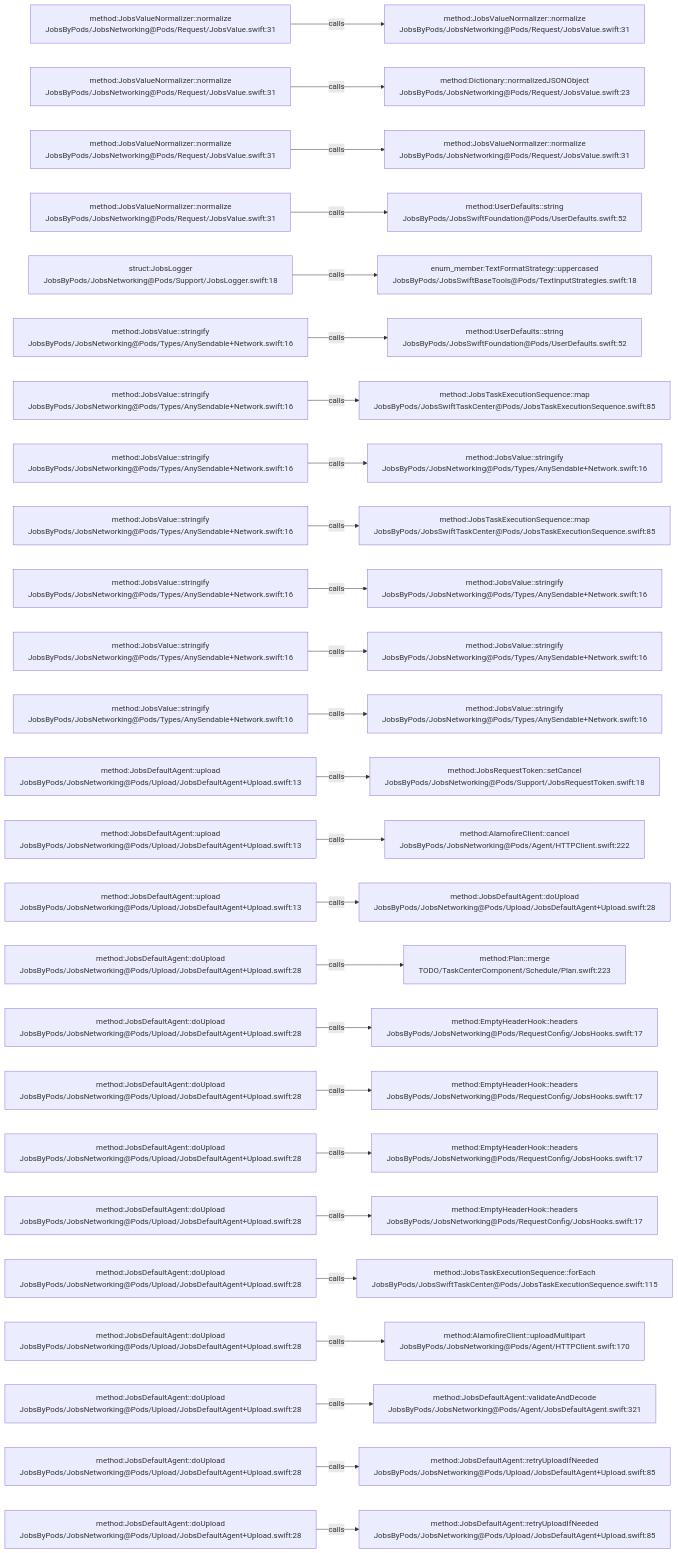
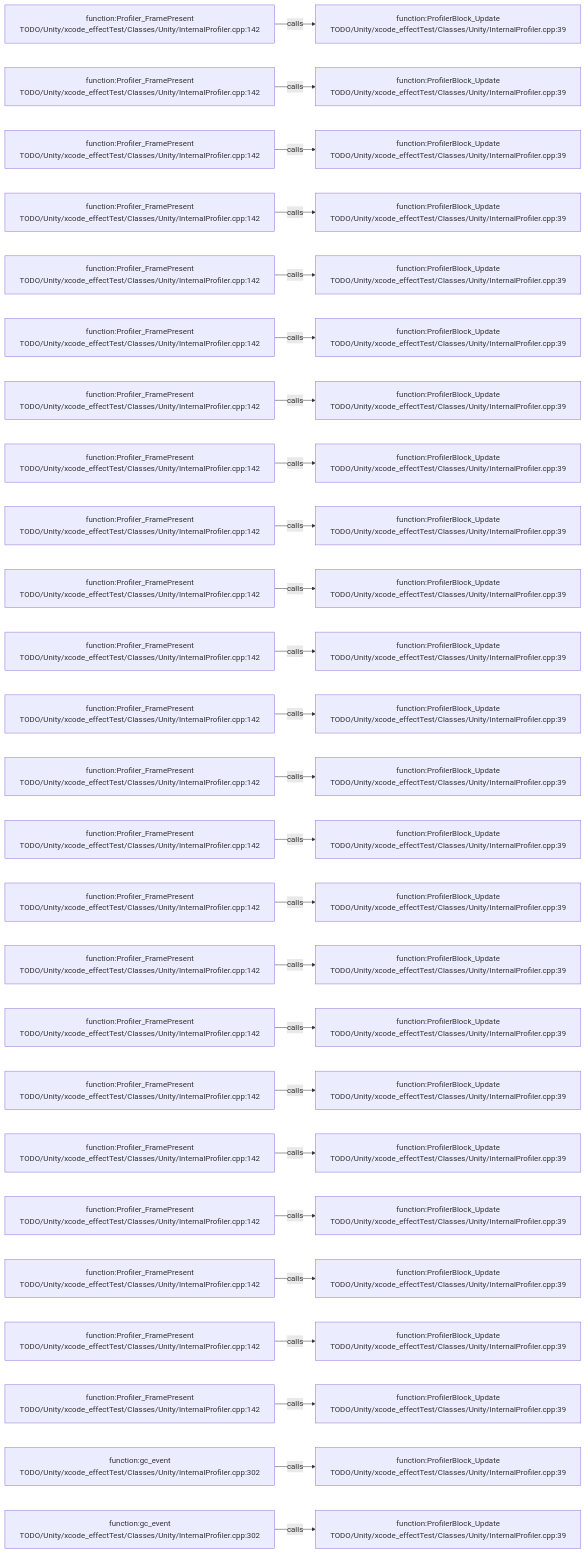
One commit to JobsKits/JobsSwiftBaseConfigDemo changed the diagram in .codegraph/codegraph.md/graphs/calls-041.md. Above: the diagram before and after it, drawn with Mermaid. The commit also changed 227 other files, not shown here.

````diff
--- a/.codegraph/codegraph.md/graphs/calls-041.md
+++ b/.codegraph/codegraph.md/graphs/calls-041.md
@@ -13,78 +13,78 @@
 ```mermaid
 flowchart LR
-  S1["method:JobsValueNormalizer::normalize<br/>JobsByPods/JobsNetworking@Pods/Request/JobsValue.swift:31"]
-  T1["method:JobsValueNormalizer::normalize<br/>JobsByPods/JobsNetworking@Pods/Request/JobsValue.swift:31"]
+  S1["function:Profiler_FramePresent<br/>TODO/Unity/xcode_effectTest/Classes/Unity/InternalProfiler.cpp:142"]
+  T1["function:ProfilerBlock_Update<br/>TODO/Unity/xcode_effectTest/Classes/Unity/InternalProfiler.cpp:39"]
   S1 -->|calls| T1
-  S2["method:JobsValueNormalizer::normalize<br/>JobsByPods/JobsNetworking@Pods/Request/JobsValue.swift:31"]
-  T2["method:Dictionary::normalizedJSONObject<br/>JobsByPods/JobsNetworking@Pods/Request/JobsValue.swift:23"]
+  S2["function:Profiler_FramePresent<br/>TODO/Unity/xcode_effectTest/Classes/Unity/InternalProfiler.cpp:142"]
+  T2["function:ProfilerBlock_Update<br/>TODO/Unity/xcode_effectTest/Classes/Unity/InternalProfiler.cpp:39"]
   S2 -->|calls| T2
-  S3["method:JobsValueNormalizer::normalize<br/>JobsByPods/JobsNetworking@Pods/Request/JobsValue.swift:31"]
-  T3["method:JobsValueNormalizer::normalize<br/>JobsByPods/JobsNetworking@Pods/Request/JobsValue.swift:31"]
+  S3["function:Profiler_FramePresent<br/>TODO/Unity/xcode_effectTest/Classes/Unity/InternalProfiler.cpp:142"]
+  T3["function:ProfilerBlock_Update<br/>TODO/Unity/xcode_effectTest/Classes/Unity/InternalProfiler.cpp:39"]
   S3 -->|calls| T3
-  S4["method:JobsValueNormalizer::normalize<br/>JobsByPods/JobsNetworking@Pods/Request/JobsValue.swift:31"]
-  T4["method:UserDefaults::string<br/>JobsByPods/JobsSwiftFoundation@Pods/UserDefaults.swift:52"]
+  S4["function:Profiler_FramePresent<br/>TODO/Unity/xcode_effectTest/Classes/Unity/InternalProfiler.cpp:142"]
+  T4["function:ProfilerBlock_Update<br/>TODO/Unity/xcode_effectTest/Classes/Unity/InternalProfiler.cpp:39"]
   S4 -->|calls| T4
-  S5["struct:JobsLogger<br/>JobsByPods/JobsNetworking@Pods/Support/JobsLogger.swift:18"]
-  T5["enum_member:TextFormatStrategy::uppercased<br/>JobsByPods/JobsSwiftBaseTools@Pods/TextInputStrategies.swift:18"]
+  S5["function:Profiler_FramePresent<br/>TODO/Unity/xcode_effectTest/Classes/Unity/InternalProfiler.cpp:142"]
+  T5["function:ProfilerBlock_Update<br/>TODO/Unity/xcode_effectTest/Classes/Unity/InternalProfiler.cpp:39"]
   S5 -->|calls| T5
-  S6["method:JobsValue::stringify<br/>JobsByPods/JobsNetworking@Pods/Types/AnySendable+Network.swift:16"]
-  T6["method:UserDefaults::string<br/>JobsByPods/JobsSwiftFoundation@Pods/UserDefaults.swift:52"]
+  S6["function:Profiler_FramePresent<br/>TODO/Unity/xcode_effectTest/Classes/Unity/InternalProfiler.cpp:142"]
+  T6["function:ProfilerBlock_Update<br/>TODO/Unity/xcode_effectTest/Classes/Unity/InternalProfiler.cpp:39"]
   S6 -->|calls| T6
-  S7["method:JobsValue::stringify<br/>JobsByPods/JobsNetworking@Pods/Types/AnySendable+Network.swift:16"]
-  T7["method:JobsTaskExecutionSequence::map<br/>JobsByPods/JobsSwiftTaskCenter@Pods/JobsTaskExecutionSequence.swift:85"]
+  S7["function:Profiler_FramePresent<br/>TODO/Unity/xcode_effectTest/Classes/Unity/InternalProfiler.cpp:142"]
+  T7["function:ProfilerBlock_Update<br/>TODO/Unity/xcode_effectTest/Classes/Unity/InternalProfiler.cpp:39"]
   S7 -->|calls| T7
-  S8["method:JobsValue::stringify<br/>JobsByPods/JobsNetworking@Pods/Types/AnySendable+Network.swift:16"]
-  T8["method:JobsValue::stringify<br/>JobsByPods/JobsNetworking@Pods/Types/AnySendable+Network.swift:16"]
+  S8["function:Profiler_FramePresent<br/>TODO/Unity/xcode_effectTest/Classes/Unity/InternalProfiler.cpp:142"]
+  T8["function:ProfilerBlock_Update<br/>TODO/Unity/xcode_effectTest/Classes/Unity/InternalProfiler.cpp:39"]
   S8 -->|calls| T8
-  S9["method:JobsValue::stringify<br/>JobsByPods/JobsNetworking@Pods/Types/AnySendable+Network.swift:16"]
-  T9["method:JobsTaskExecutionSequence::map<br/>JobsByPods/JobsSwiftTaskCenter@Pods/JobsTaskExecutionSequence.swift:85"]
+  S9["function:Profiler_FramePresent<br/>TODO/Unity/xcode_effectTest/Classes/Unity/InternalProfiler.cpp:142"]
+  T9["function:ProfilerBlock_Update<br/>TODO/Unity/xcode_effectTest/Classes/Unity/InternalProfiler.cpp:39"]
   S9 -->|calls| T9
-  S10["method:JobsValue::stringify<br/>JobsByPods/JobsNetworking@Pods/Types/AnySendable+Network.swift:16"]
-  T10["method:JobsValue::stringify<br/>JobsByPods/JobsNetworking@Pods/Types/AnySendable+Network.swift:16"]
+  S10["function:Profiler_FramePresent<br/>TODO/Unity/xcode_effectTest/Classes/Unity/InternalProfiler.cpp:142"]
+  T10["function:ProfilerBlock_Update<br/>TODO/Unity/xcode_effectTest/Classes/Unity/InternalProfiler.cpp:39"]
   S10 -->|calls| T10
-  S11["method:JobsValue::stringify<br/>JobsByPods/JobsNetworking@Pods/Types/AnySendable+Network.swift:16"]
-  T11["method:JobsValue::stringify<br/>JobsByPods/JobsNetworking@Pods/Types/AnySendable+Network.swift:16"]
+  S11["function:Profiler_FramePresent<br/>TODO/Unity/xcode_effectTest/Classes/Unity/InternalProfiler.cpp:142"]
+  T11["function:ProfilerBlock_Update<br/>TODO/Unity/xcode_effectTest/Classes/Unity/InternalProfiler.cpp:39"]
   S11 -->|calls| T11
-  S12["method:JobsValue::stringify<br/>JobsByPods/JobsNetworking@Pods/Types/AnySendable+Network.swift:16"]
-  T12["method:JobsValue::stringify<br/>JobsByPods/JobsNetworking@Pods/Types/AnySendable+Network.swift:16"]
+  S12["function:Profiler_FramePresent<br/>TODO/Unity/xcode_effectTest/Classes/Unity/InternalProfiler.cpp:142"]
+  T12["function:ProfilerBlock_Update<br/>TODO/Unity/xcode_effectTest/Classes/Unity/InternalProfiler.cpp:39"]
   S12 -->|calls| T12
-  S13["method:JobsDefaultAgent::upload<br/>JobsByPods/JobsNetworking@Pods/Upload/JobsDefaultAgent+Upload.swift:13"]
-  T13["method:JobsRequestToken::setCancel<br/>JobsByPods/JobsNetworking@Pods/Support/JobsRequestToken.swift:18"]
+  S13["function:Profiler_FramePresent<br/>TODO/Unity/xcode_effectTest/Classes/Unity/InternalProfiler.cpp:142"]
+  T13["function:ProfilerBlock_Update<br/>TODO/Unity/xcode_effectTest/Classes/Unity/InternalProfiler.cpp:39"]
   S13 -->|calls| T13
-  S14["method:JobsDefaultAgent::upload<br/>JobsByPods/JobsNetworking@Pods/Upload/JobsDefaultAgent+Upload.swift:13"]
-  T14["method:AlamofireClient::cancel<br/>JobsByPods/JobsNetworking@Pods/Agent/HTTPClient.swift:222"]
+  S14["function:Profiler_FramePresent<br/>TODO/Unity/xcode_effectTest/Classes/Unity/InternalProfiler.cpp:142"]
+  T14["function:ProfilerBlock_Update<br/>TODO/Unity/xcode_effectTest/Classes/Unity/InternalProfiler.cpp:39"]
   S14 -->|calls| T14
-  S15["method:JobsDefaultAgent::upload<br/>JobsByPods/JobsNetworking@Pods/Upload/JobsDefaultAgent+Upload.swift:13"]
-  T15["method:JobsDefaultAgent::doUpload<br/>JobsByPods/JobsNetworking@Pods/Upload/JobsDefaultAgent+Upload.swift:28"]
+  S15["function:Profiler_FramePresent<br/>TODO/Unity/xcode_effectTest/Classes/Unity/InternalProfiler.cpp:142"]
+  T15["function:ProfilerBlock_Update<br/>TODO/Unity/xcode_effectTest/Classes/Unity/InternalProfiler.cpp:39"]
   S15 -->|calls| T15
-  S16["method:JobsDefaultAgent::doUpload<br/>JobsByPods/JobsNetworking@Pods/Upload/JobsDefaultAgent+Upload.swift:28"]
-  T16["method:Plan::merge<br/>TODO/TaskCenterComponent/Schedule/Plan.swift:223"]
+  S16["function:Profiler_FramePresent<br/>TODO/Unity/xcode_effectTest/Classes/Unity/InternalProfiler.cpp:142"]
+  T16["function:ProfilerBlock_Update<br/>TODO/Unity/xcode_effectTest/Classes/Unity/InternalProfiler.cpp:39"]
   S16 -->|calls| T16
-  S17["method:JobsDefaultAgent::doUpload<br/>JobsByPods/JobsNetworking@Pods/Upload/JobsDefaultAgent+Upload.swift:28"]
-  T17["method:EmptyHeaderHook::headers<br/>JobsByPods/JobsNetworking@Pods/RequestConfig/JobsHooks.swift:17"]
+  S17["function:Profiler_FramePresent<br/>TODO/Unity/xcode_effectTest/Classes/Unity/InternalProfiler.cpp:142"]
+  T17["function:ProfilerBlock_Update<br/>TODO/Unity/xcode_effectTest/Classes/Unity/InternalProfiler.cpp:39"]
   S17 -->|calls| T17
-  S18["method:JobsDefaultAgent::doUpload<br/>JobsByPods/JobsNetworking@Pods/Upload/JobsDefaultAgent+Upload.swift:28"]
-  T18["method:EmptyHeaderHook::headers<br/>JobsByPods/JobsNetworking@Pods/RequestConfig/JobsHooks.swift:17"]
+  S18["function:Profiler_FramePresent<br/>TODO/Unity/xcode_effectTest/Classes/Unity/InternalProfiler.cpp:142"]
+  T18["function:ProfilerBlock_Update<br/>TODO/Unity/xcode_effectTest/Classes/Unity/InternalProfiler.cpp:39"]
   S18 -->|calls| T18
-  S19["method:JobsDefaultAgent::doUpload<br/>JobsByPods/JobsNetworking@Pods/Upload/JobsDefaultAgent+Upload.swift:28"]
-  T19["method:EmptyHeaderHook::headers<br/>JobsByPods/JobsNetworking@Pods/RequestConfig/JobsHooks.swift:17"]
+  S19["function:Profiler_FramePresent<br/>TODO/Unity/xcode_effectTest/Classes/Unity/InternalProfiler.cpp:142"]
+  T19["function:ProfilerBlock_Update<br/>TODO/Unity/xcode_effectTest/Classes/Unity/InternalProfiler.cpp:39"]
   S19 -->|calls| T19
-  S20["method:JobsDefaultAgent::doUpload<br/>JobsByPods/JobsNetworking@Pods/Upload/JobsDefaultAgent+Upload.swift:28"]
-  T20["method:EmptyHeaderHook::headers<br/>JobsByPods/JobsNetworking@Pods/RequestConfig/JobsHooks.swift:17"]
+  S20["function:Profiler_FramePresent<br/>TODO/Unity/xcode_effectTest/Classes/Unity/InternalProfiler.cpp:142"]
+  T20["function:ProfilerBlock_Update<br/>TODO/Unity/xcode_effectTest/Classes/Unity/InternalProfiler.cpp:39"]
   S20 -->|calls| T20
-  S21["method:JobsDefaultAgent::doUpload<br/>JobsByPods/JobsNetworking@Pods/Upload/JobsDefaultAgent+Upload.swift:28"]
-  T21["method:JobsTaskExecutionSequence::forEach<br/>JobsByPods/JobsSwiftTaskCenter@Pods/JobsTaskExecutionSequence.swift:115"]
+  S21["function:Profiler_FramePresent<br/>TODO/Unity/xcode_effectTest/Classes/Unity/InternalProfiler.cpp:142"]
+  T21["function:ProfilerBlock_Update<br/>TODO/Unity/xcode_effectTest/Classes/Unity/InternalProfiler.cpp:39"]
   S21 -->|calls| T21
-  S22["method:JobsDefaultAgent::doUpload<br/>JobsByPods/JobsNetworking@Pods/Upload/JobsDefaultAgent+Upload.swift:28"]
-  T22["method:AlamofireClient::uploadMultipart<br/>JobsByPods/JobsNetworking@Pods/Agent/HTTPClient.swift:170"]
+  S22["function:Profiler_FramePresent<br/>TODO/Unity/xcode_effectTest/Classes/Unity/InternalProfiler.cpp:142"]
+  T22["function:ProfilerBlock_Update<br/>TODO/Unity/xcode_effectTest/Classes/Unity/InternalProfiler.cpp:39"]
   S22 -->|calls| T22
-  S23["method:JobsDefaultAgent::doUpload<br/>JobsByPods/JobsNetworking@Pods/Upload/JobsDefaultAgent+Upload.swift:28"]
-  T23["method:JobsDefaultAgent::validateAndDecode<br/>JobsByPods/JobsNetworking@Pods/Agent/JobsDefaultAgent.swift:321"]
+  S23["function:Profiler_FramePresent<br/>TODO/Unity/xcode_effectTest/Classes/Unity/InternalProfiler.cpp:142"]
+  T23["function:ProfilerBlock_Update<br/>TODO/Unity/xcode_effectTest/Classes/Unity/InternalProfiler.cpp:39"]
   S23 -->|calls| T23
-  S24["method:JobsDefaultAgent::doUpload<br/>JobsByPods/JobsNetworking@Pods/Upload/JobsDefaultAgent+Upload.swift:28"]
-  T24["method:JobsDefaultAgent::retryUploadIfNeeded<br/>JobsByPods/JobsNetworking@Pods/Upload/JobsDefaultAgent+Upload.swift:85"]
+  S24["function:gc_event<br/>TODO/Unity/xcode_effectTest/Classes/Unity/InternalProfiler.cpp:302"]
+  T24["function:ProfilerBlock_Update<br/>TODO/Unity/xcode_effectTest/Classes/Unity/InternalProfiler.cpp:39"]
   S24 -->|calls| T24
-  S25["method:JobsDefaultAgent::doUpload<br/>JobsByPods/JobsNetworking@Pods/Upload/JobsDefaultAgent+Upload.swift:28"]
-  T25["method:JobsDefaultAgent::retryUploadIfNeeded<br/>JobsByPods/JobsNetworking@Pods/Upload/JobsDefaultAgent+Upload.swift:85"]
+  S25["function:gc_event<br/>TODO/Unity/xcode_effectTest/Classes/Unity/InternalProfiler.cpp:302"]
+  T25["function:ProfilerBlock_Update<br/>TODO/Unity/xcode_effectTest/Classes/Unity/InternalProfiler.cpp:39"]
   S25 -->|calls| T25
 ```
````
